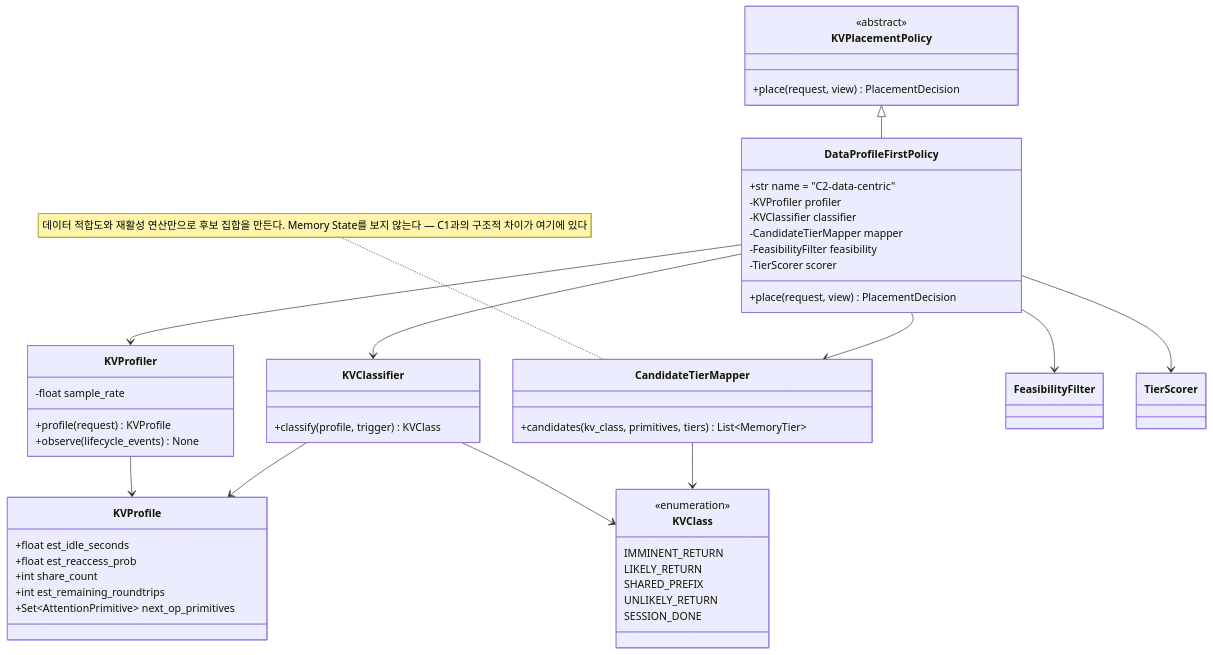
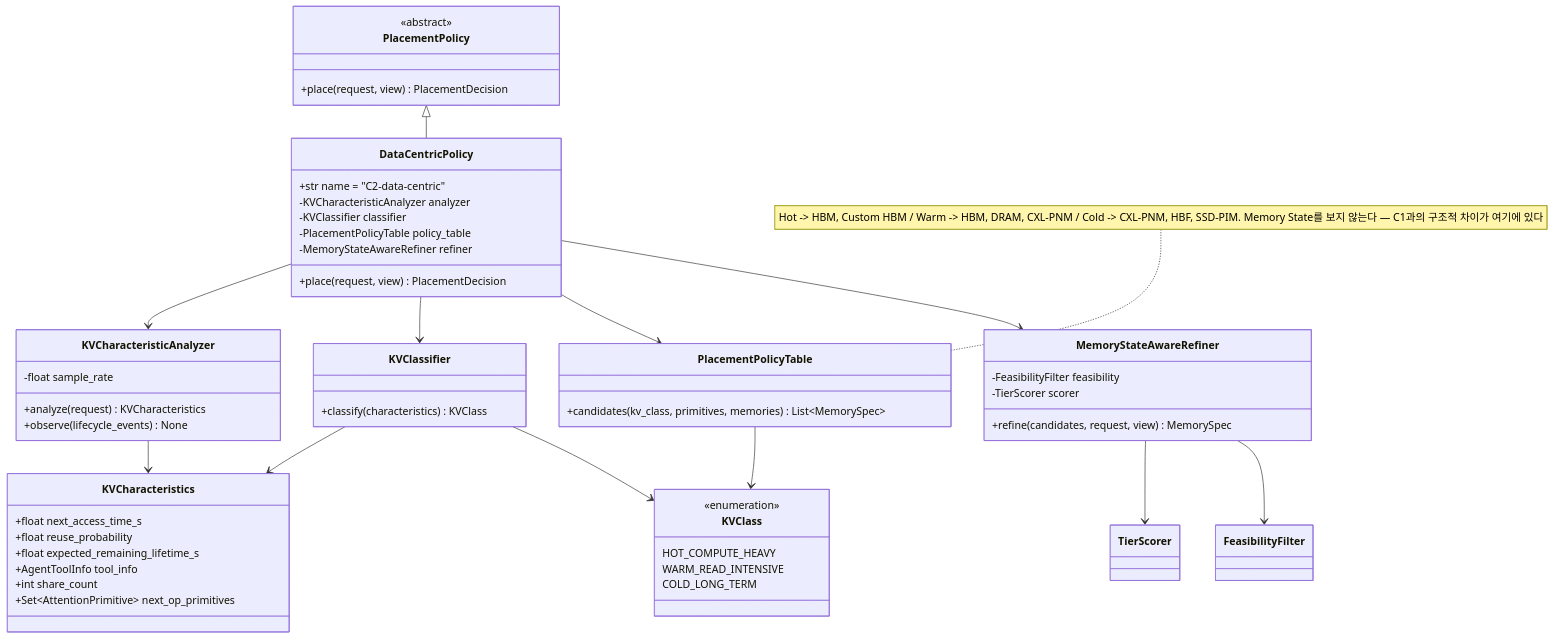
Before and after one commit to mkim0628/vllm: the fourth of 9 diagrams in doc-architect/dp1-implementation-uml.md, drawn with Mermaid. The commit also changed other lines of this file and 2 other files, not shown here.

First line of the commit message:
docs(dp1): fix the memory set, split attention from FFN, name the KV attributes

````diff
--- a/doc-architect/dp1-implementation-uml.md
+++ b/doc-architect/dp1-implementation-uml.md
@@ -284,61 +315,66 @@
 ```mermaid
 classDiagram
-    class KVPlacementPolicy {
+    class PlacementPolicy {
         <<abstract>>
         +place(request, view) PlacementDecision
     }
 
-    class DataProfileFirstPolicy {
+    class DataCentricPolicy {
         +str name = "C2-data-centric"
-        -KVProfiler profiler
+        -KVCharacteristicAnalyzer analyzer
         -KVClassifier classifier
-        -CandidateTierMapper mapper
-        -FeasibilityFilter feasibility
-        -TierScorer scorer
+        -PlacementPolicyTable policy_table
+        -MemoryStateAwareRefiner refiner
         +place(request, view) PlacementDecision
     }
 
-    class KVProfiler {
+    class KVCharacteristicAnalyzer {
         -float sample_rate
-        +profile(request) KVProfile
+        +analyze(request) KVCharacteristics
         +observe(lifecycle_events) None
     }
 
-    class KVProfile {
-        +float est_idle_seconds
-        +float est_reaccess_prob
+    class KVCharacteristics {
+        +float next_access_time_s
+        +float reuse_probability
+        +float expected_remaining_lifetime_s
+        +AgentToolInfo tool_info
         +int share_count
-        +int est_remaining_roundtrips
         +Set~AttentionPrimitive~ next_op_primitives
     }
 
     class KVClass {
         <<enumeration>>
-        IMMINENT_RETURN
-        LIKELY_RETURN
-        SHARED_PREFIX
-        UNLIKELY_RETURN
-        SESSION_DONE
+        HOT_COMPUTE_HEAVY
+        WARM_READ_INTENSIVE
+        COLD_LONG_TERM
     }
 
     class KVClassifier {
-        +classify(profile, trigger) KVClass
+        +classify(characteristics) KVClass
     }
 
-    class CandidateTierMapper {
-        +candidates(kv_class, primitives, tiers) List~MemoryTier~
+    class PlacementPolicyTable {
+        +candidates(kv_class, primitives, memories) List~MemorySpec~
     }
 
-    KVPlacementPolicy <|-- DataProfileFirstPolicy
-    DataProfileFirstPolicy --> KVProfiler
-    DataProfileFirstPolicy --> KVClassifier
-    DataProfileFirstPolicy --> CandidateTierMapper
-    DataProfileFirstPolicy --> FeasibilityFilter
-    DataProfileFirstPolicy --> TierScorer
-    KVProfiler --> KVProfile
-    KVClassifier --> KVProfile
+    class MemoryStateAwareRefiner {
+        -FeasibilityFilter feasibility
+        -TierScorer scorer
+        +refine(candidates, request, view) MemorySpec
+    }
+
+    PlacementPolicy <|-- DataCentricPolicy
+    DataCentricPolicy --> KVCharacteristicAnalyzer
+    DataCentricPolicy --> KVClassifier
+    DataCentricPolicy --> PlacementPolicyTable
+    DataCentricPolicy --> MemoryStateAwareRefiner
+    KVCharacteristicAnalyzer --> KVCharacteristics
+    KVClassifier --> KVCharacteristics
     KVClassifier --> KVClass
-    CandidateTierMapper --> KVClass
+    PlacementPolicyTable --> KVClass
+    MemoryStateAwareRefiner --> TierScorer
+    MemoryStateAwareRefiner --> FeasibilityFilter
 
-    note for CandidateTierMapper "데이터 적합도와 재활성 연산만으로 후보 집합을 만든다. Memory State를 보지 않는다 — C1과의 구조적 차이가 여기에 있다"
+    note for PlacementPolicyTable "Hot -> HBM, Custom HBM / Warm -> HBM, DRAM, CXL-PNM / Cold -> CXL-PNM, HBF, SSD-PIM. Memory State를 보지 않는다 — C1과의 구조적 차이가 여기에 있다"
 ```
````
